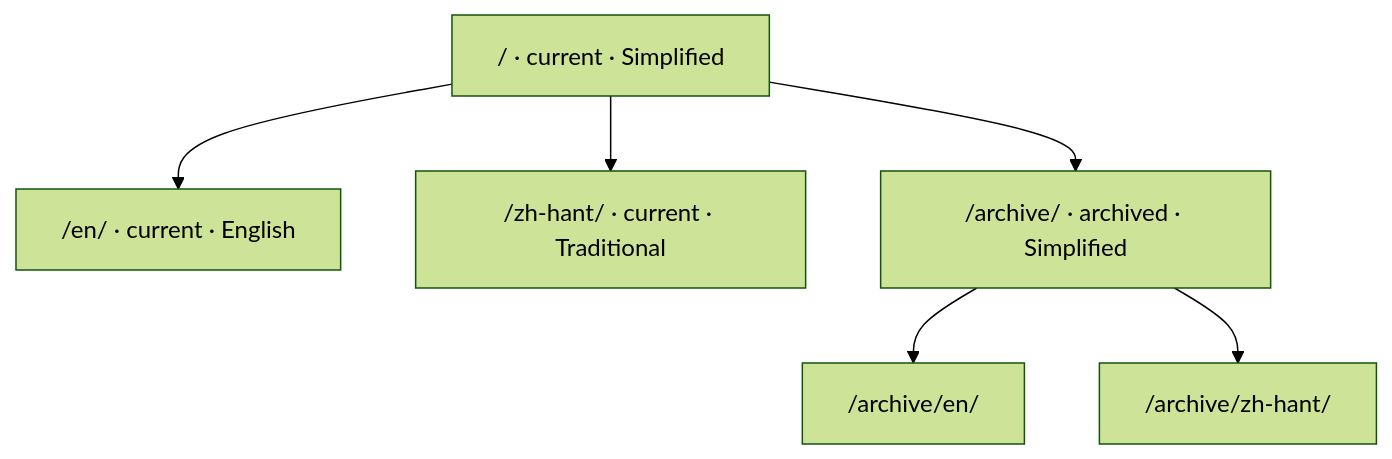
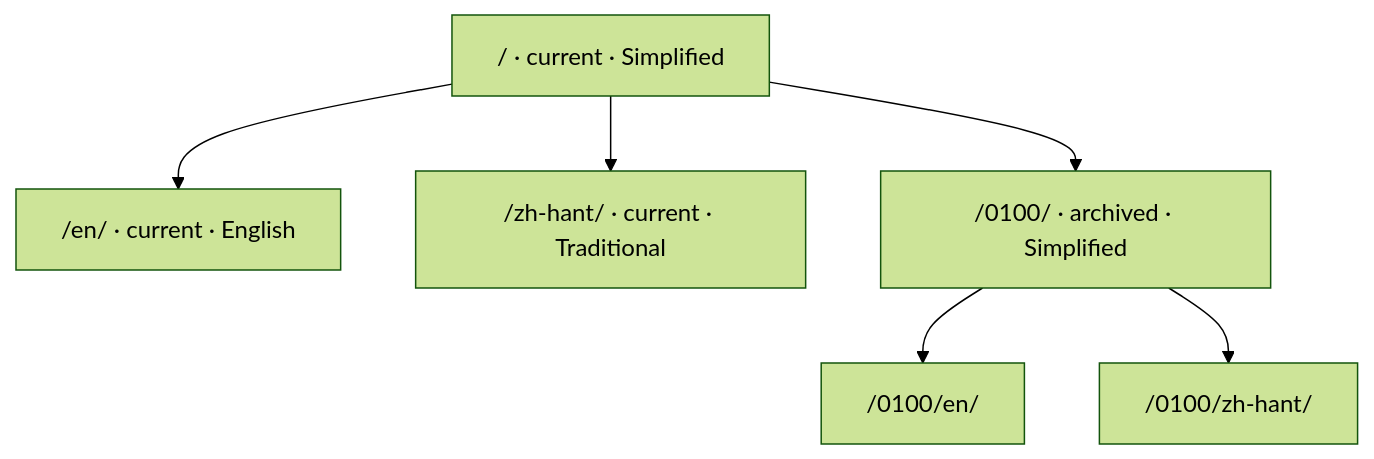
Before and after one commit to rwr-infra/rwr-mapbook: the diagram in content/about/index.en.md, drawn with Mermaid (forest theme). The commit also changed other lines of this file and 628 other files, not shown here.

````diff
--- a/content/about/index.en.md
+++ b/content/about/index.en.md
@@ -34,8 +37,8 @@
 ```mermaid
 graph TD
   A["/ · current · Simplified"] --> B["/en/ · current · English"]
   A --> C["/zh-hant/ · current · Traditional"]
-  A --> D["/archive/ · archived · Simplified"]
-  D --> E["/archive/en/"]
-  D --> F["/archive/zh-hant/"]
+  A --> D["/0100/ · archived · Simplified"]
+  D --> E["/0100/en/"]
+  D --> F["/0100/zh-hant/"]
 ```
````
